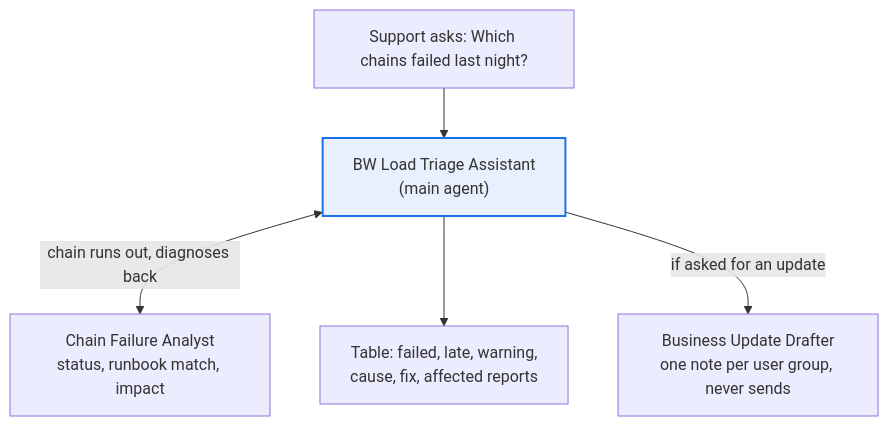
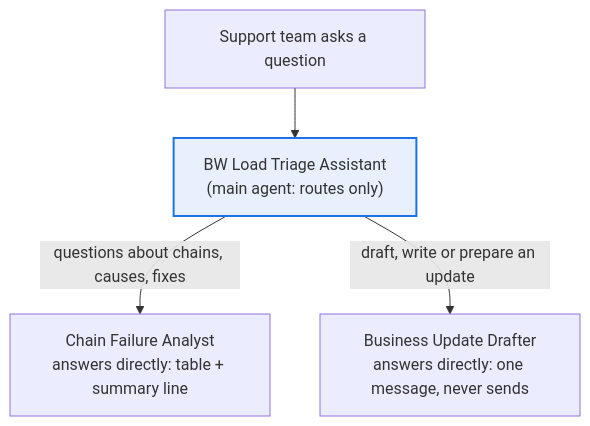
Before and after one commit to prachidevgaonkar/sap-bw-agents: the diagram in bw-load-triage/README.md, drawn with Mermaid. The commit also changed other lines of this file and 12 other files, not shown here.

````diff
--- a/bw-load-triage/README.md
+++ b/bw-load-triage/README.md
@@ -13,9 +13,8 @@
 ```mermaid
 flowchart TD
-    U["Support asks: Which chains failed last night?"] --> M["BW Load Triage Assistant<br/>(main agent)"]
-    M <-->|"chain runs out, diagnoses back"| A["Chain Failure Analyst<br/>status, runbook match, impact"]
-    M --> T["Table: failed, late, warning,<br/>cause, fix, affected reports"]
-    M -->|"if asked for an update"| D["Business Update Drafter<br/>one note per user group, never sends"]
+    U["Support team asks a question"] --> M["BW Load Triage Assistant<br/>(main agent: routes only)"]
+    M -->|"questions about chains, causes, fixes"| A["Chain Failure Analyst<br/>answers directly: table + summary line"]
+    M -->|"draft, write or prepare an update"| D["Business Update Drafter<br/>answers directly: one message, never sends"]
     classDef main fill:#e8f0fe,stroke:#1a73e8,stroke-width:2px
     class M main
 ```
````
